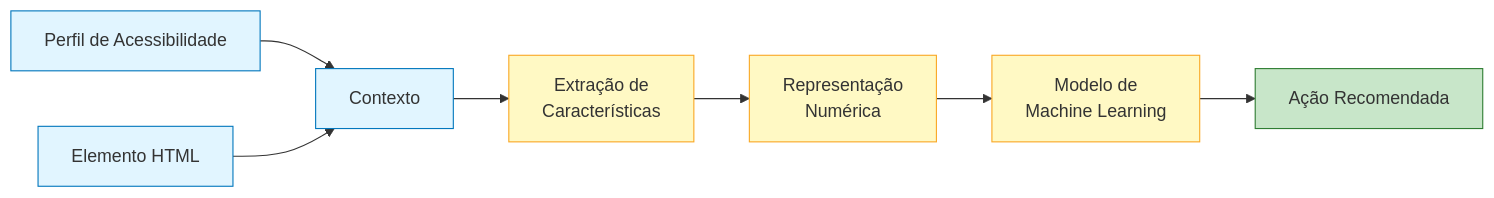
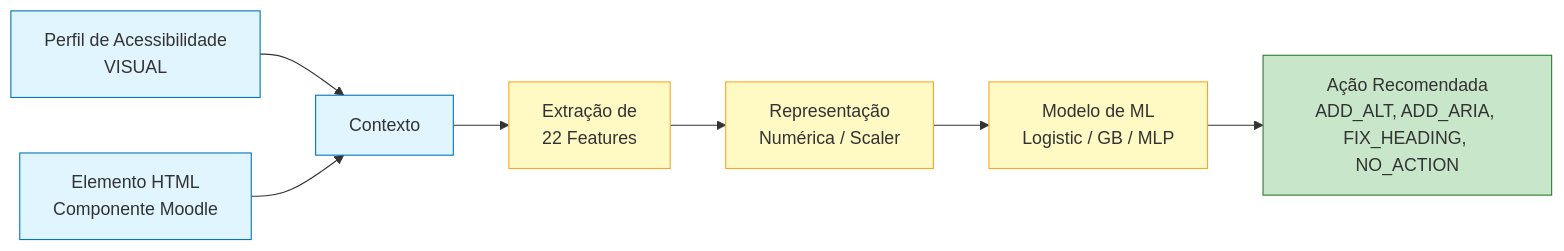
Before and after one commit to unicsoftware/accessibility-dl-moodle: the first of 3 diagrams in README.md, drawn with Mermaid. The commit also changed other lines of this file and 39 other files, not shown here.

````diff
--- a/README.md
+++ b/README.md
@@ -52,17 +53,17 @@
 ```mermaid
 flowchart LR
-    A[Perfil de Acessibilidade] --> C[Contexto]
-    B[Elemento HTML] --> C
-    C --> D[Extração de<br/>Características]
-    D --> E[Representação<br/>Numérica]
-    E --> F[Modelo de<br/>Machine Learning]
-    F --> G[Ação Recomendada]
+    A["Perfil de Acessibilidade<br/>VISUAL"] --> C["Contexto"]
+    B["Elemento HTML<br/>Componente Moodle"] --> C
+    C --> D["Extração de<br/>22 Features"]
+    D --> E["Representação<br/>Numérica / Scaler"]
+    E --> F["Modelo de ML<br/>Logistic / GB / MLP"]
+    F --> G["Ação Recomendada<br/>ADD_ALT, ADD_ARIA, FIX_HEADING, NO_ACTION"]
 
     classDef input fill:#e1f5ff,stroke:#0277bd
     classDef model fill:#fff9c4,stroke:#f9a825
     classDef output fill:#c8e6c9,stroke:#2e7d32
 
     class A,B,C input
     class D,E,F model
     class G output
 ```
````
